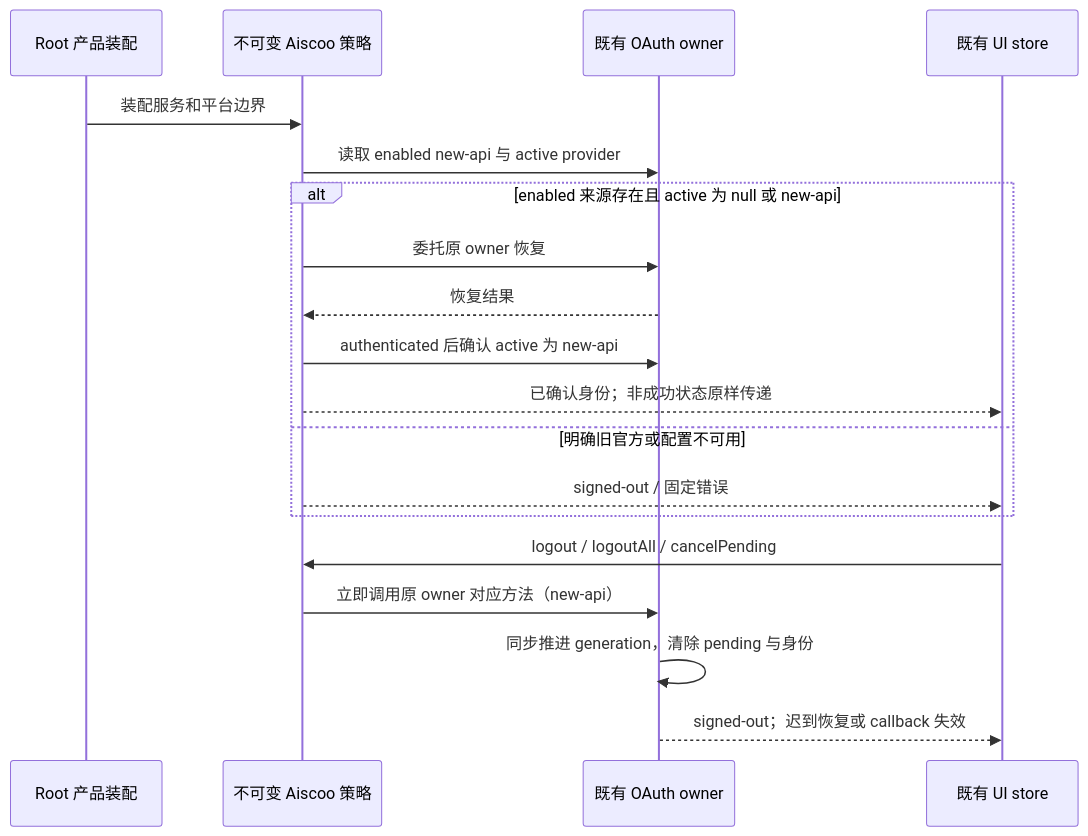
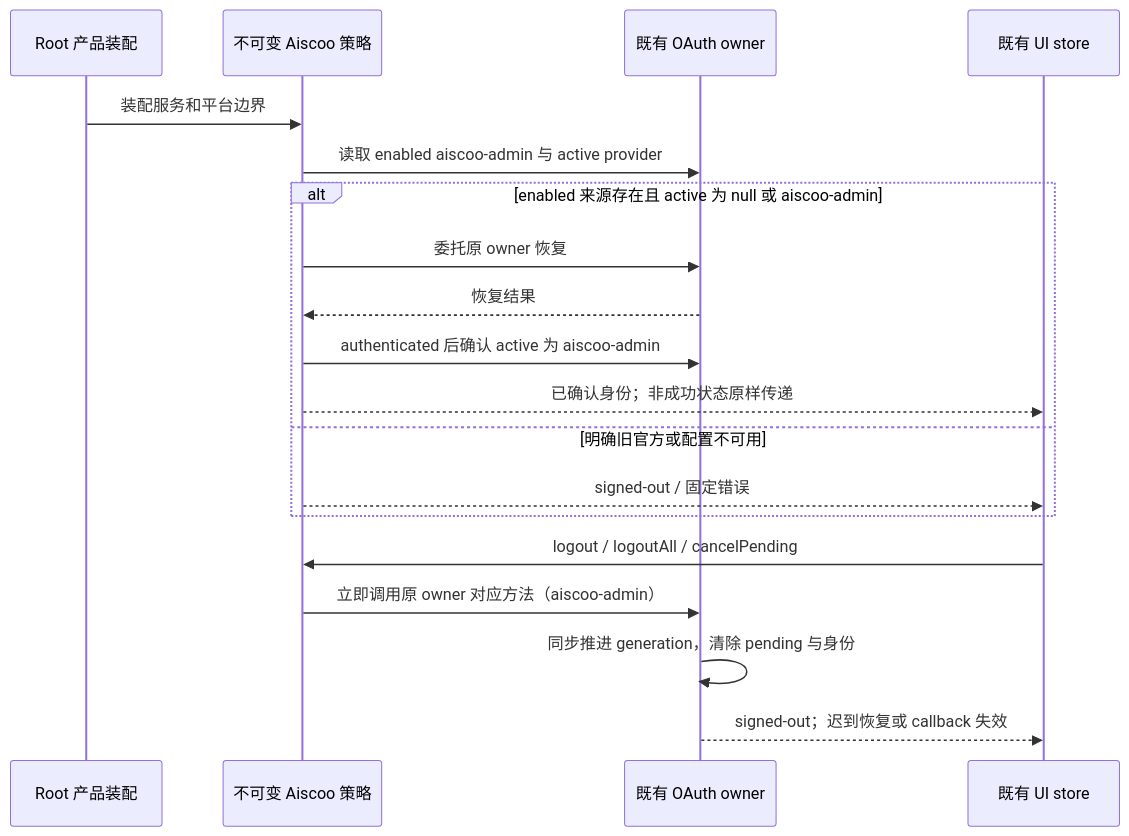
Before and after one commit to 978655242/aiscoo-resource: the diagram in packages/ui/src/aiscoo/account-login/CONTRACT.md, drawn with Mermaid. The commit also changed other lines of this file and 289 other files, not shown here.

First line of the commit message:
refactor(aiscoo): rename New API to aiscoo-admin and drop stray CLI backups (#65)

````diff
--- a/packages/ui/src/aiscoo/account-login/CONTRACT.md
+++ b/packages/ui/src/aiscoo/account-login/CONTRACT.md
@@ -19,21 +19,21 @@
 ```mermaid
 sequenceDiagram
   participant R as Root 产品装配
   participant P as 不可变 Aiscoo 策略
   participant H as 既有 OAuth owner
   participant S as 既有 UI store
   R->>P: 装配服务和平台边界
-  P->>H: 读取 enabled new-api 与 active provider
-  alt enabled 来源存在且 active 为 null 或 new-api
+  P->>H: 读取 enabled aiscoo-admin 与 active provider
+  alt enabled 来源存在且 active 为 null 或 aiscoo-admin
     P->>H: 委托原 owner 恢复
     H-->>P: 恢复结果
-    P->>H: authenticated 后确认 active 为 new-api
+    P->>H: authenticated 后确认 active 为 aiscoo-admin
     P-->>S: 已确认身份；非成功状态原样传递
   else 明确旧官方或配置不可用
     P-->>S: signed-out / 固定错误
   end
   S->>P: logout / logoutAll / cancelPending
-  P->>H: 立即调用原 owner 对应方法（new-api）
+  P->>H: 立即调用原 owner 对应方法（aiscoo-admin）
   H->>H: 同步推进 generation，清除 pending 与身份
   H-->>S: signed-out；迟到恢复或 callback 失效
 ```
````
